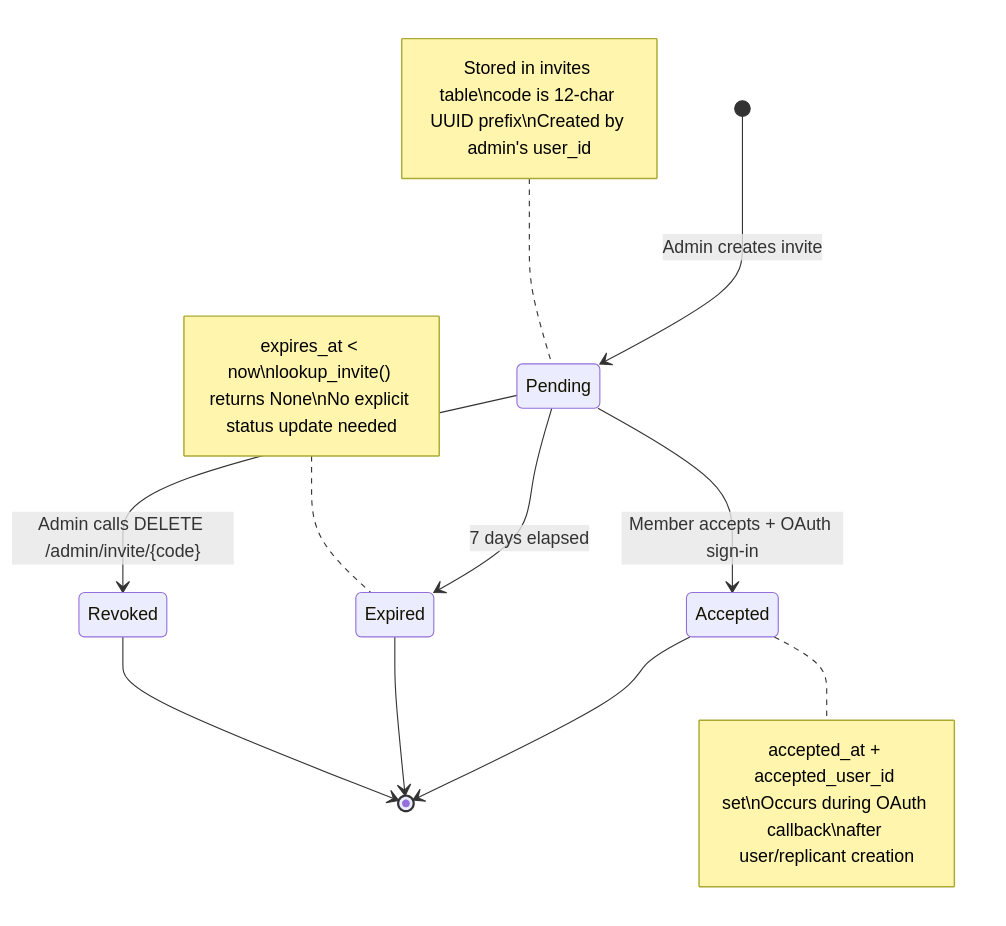
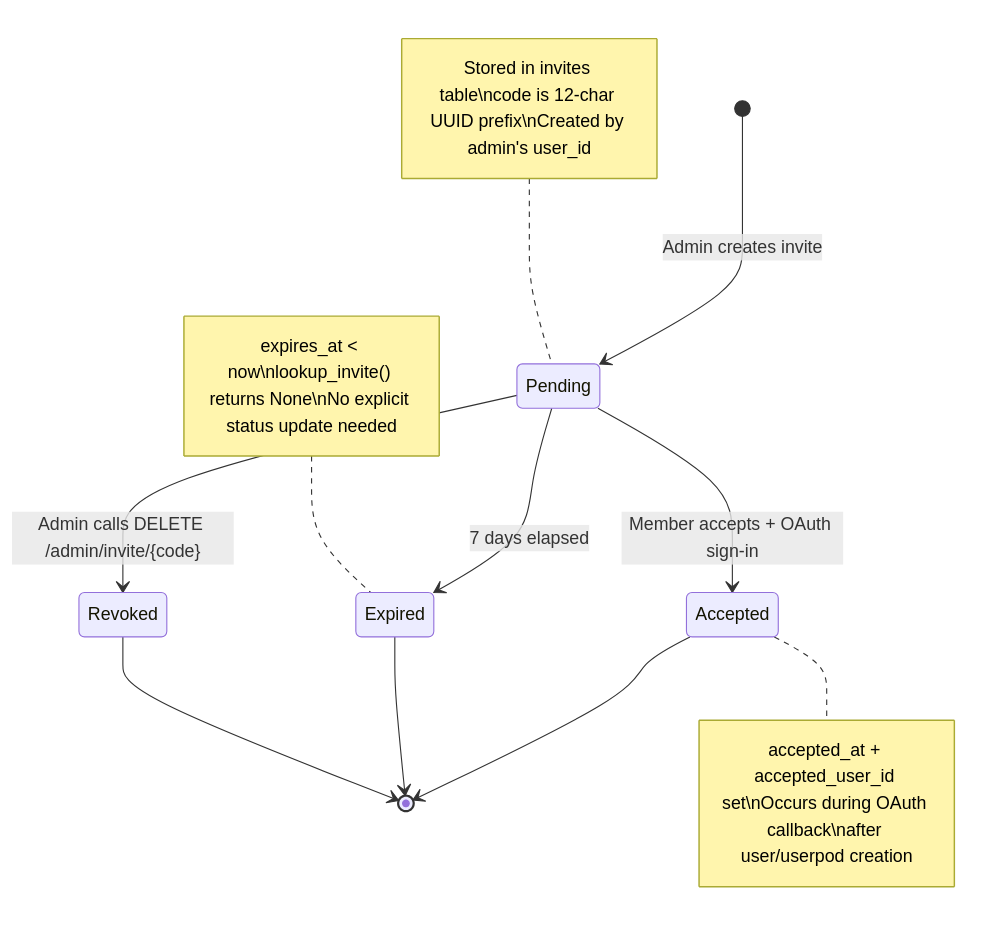
The sixth of 6 diagrams in docs/how-to/deployment-and-transport.md (mdz-axo/hKask), drawn with Mermaid before and after one commit. The commit also changed other lines of this file and 42 other files, not shown here.

````diff
--- a/docs/how-to/deployment-and-transport.md
+++ b/docs/how-to/deployment-and-transport.md
@@ -745,14 +745,14 @@
 ```mermaid
 stateDiagram-v2
     [*] --> Pending: Admin creates invite
     Pending --> Accepted: Member accepts + OAuth sign-in
     Pending --> Expired: 7 days elapsed
     Pending --> Revoked: Admin calls DELETE /admin/invite/{code}
     Accepted --> [*]
     Expired --> [*]
     Revoked --> [*]
     
     note left of Pending: Stored in invites table\ncode is 12-char UUID prefix\nCreated by admin's user_id
-    note right of Accepted: accepted_at + accepted_user_id set\nOccurs during OAuth callback\nafter user/replicant creation
+    note right of Accepted: accepted_at + accepted_user_id set\nOccurs during OAuth callback\nafter user/userpod creation
     note left of Expired: expires_at < now\nlookup_invite() returns None\nNo explicit status update needed
 ```
````
